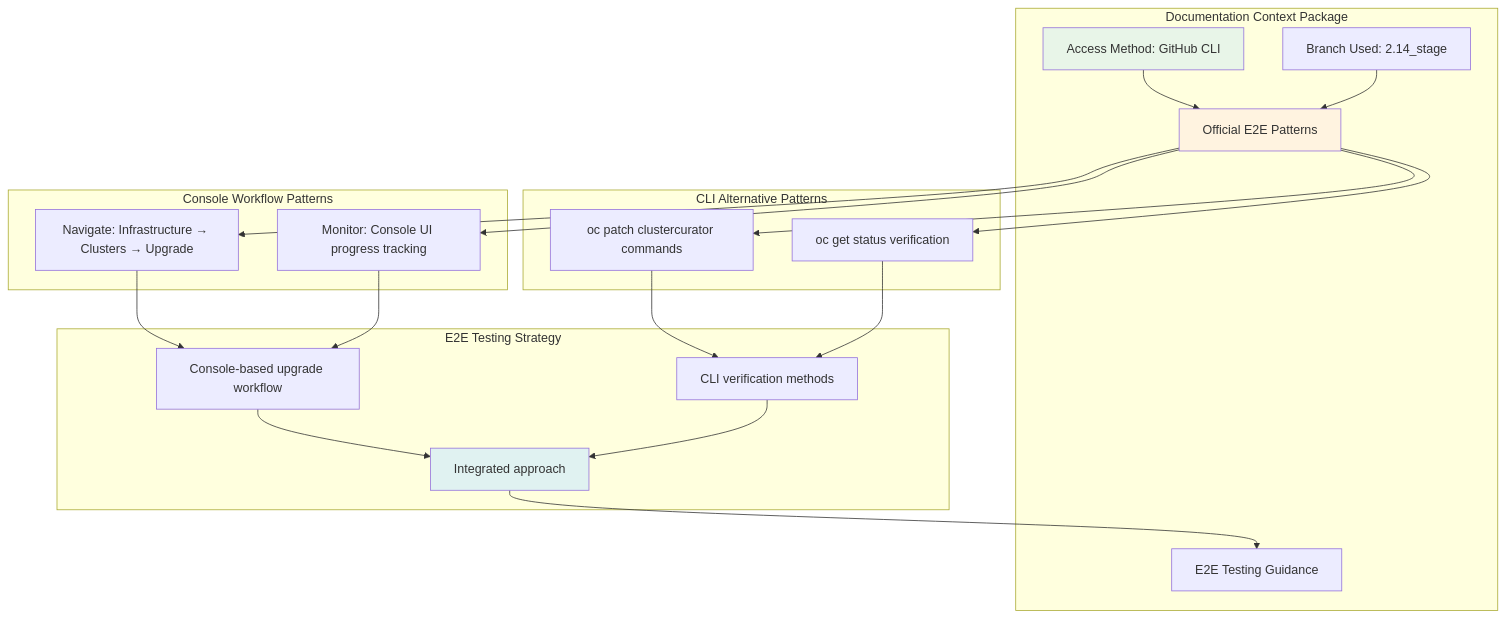
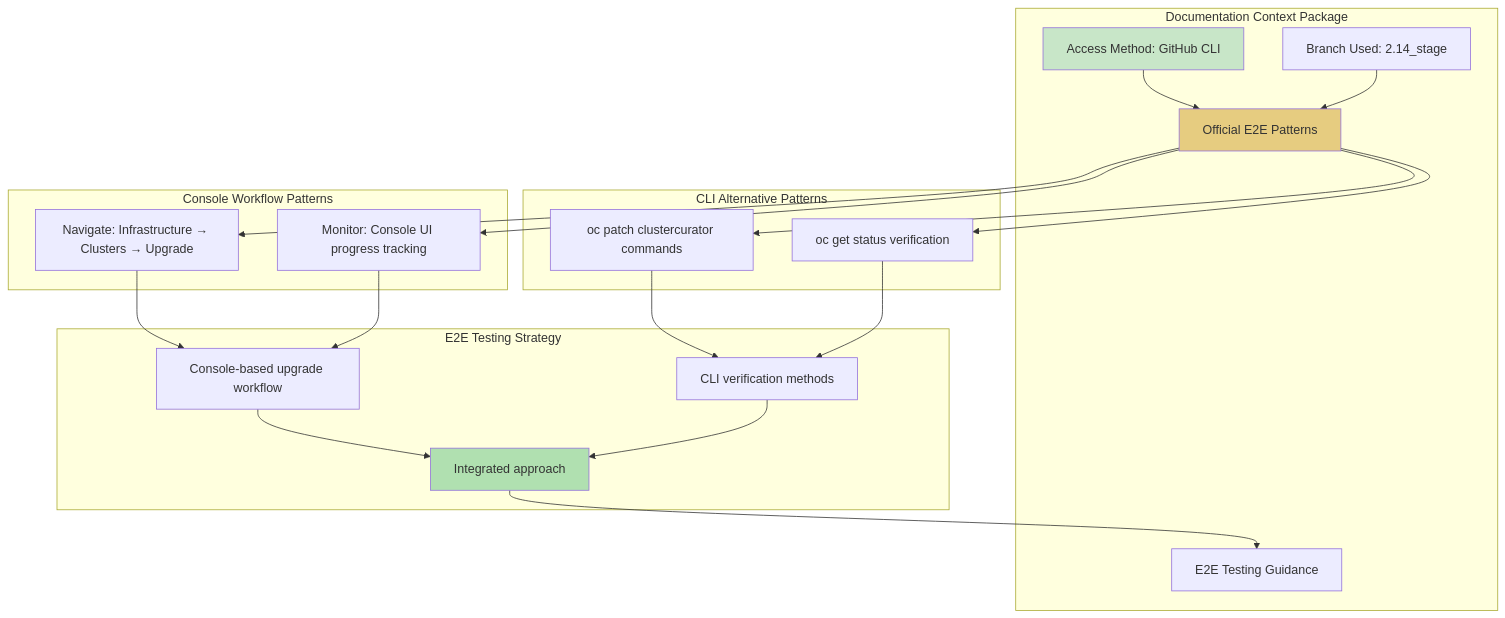
One commit to stolostron/ai-test-gen changed diagram 18 of 29 in apps/claude-test-generator/docs/framework-workflow-details.md. Above: the diagram before and after it, drawn with Mermaid. The commit also changed other lines of this file and 15 other files, not shown here.

First line of the commit message:
🛡️ CRITICAL SECURITY: Implement comprehensive AI security architecture

````diff
--- a/apps/claude-test-generator/docs/framework-workflow-details.md
+++ b/apps/claude-test-generator/docs/framework-workflow-details.md
@@ -1043,45 +1021,45 @@
 ```mermaid
 flowchart TD
     subgraph "Documentation Context Package"
         METHOD[Access Method: GitHub CLI]
         BRANCH[Branch Used: 2.14_stage]
         PATTERNS[Official E2E Patterns]
         GUIDANCE[E2E Testing Guidance]
     end
     
     subgraph "Console Workflow Patterns"
         NAV[Navigate: Infrastructure → Clusters → Upgrade]
         MONITOR[Monitor: Console UI progress tracking]
     end
     
     subgraph "CLI Alternative Patterns"
         PATCH[oc patch clustercurator commands]
         STATUS[oc get status verification]
     end
     
     subgraph "E2E Testing Strategy"
         CONSOLE[Console-based upgrade workflow]
         VERIFY[CLI verification methods]
         COMBINED[Integrated approach]
     end
     
     METHOD --> PATTERNS
     BRANCH --> PATTERNS
     PATTERNS --> NAV
     PATTERNS --> MONITOR
     PATTERNS --> PATCH
     PATTERNS --> STATUS
     
     NAV --> CONSOLE
     MONITOR --> CONSOLE
     PATCH --> VERIFY
     STATUS --> VERIFY
     
     CONSOLE --> COMBINED
     VERIFY --> COMBINED
     COMBINED --> GUIDANCE
     
-    style METHOD fill:#e8f5e8
-    style PATTERNS fill:#fff3e0
-    style COMBINED fill:#e0f2f1
+    style METHOD fill:#c8e6c8
+    style PATTERNS fill:#e6cc80
+    style COMBINED fill:#b0e0b0
 ```
````
